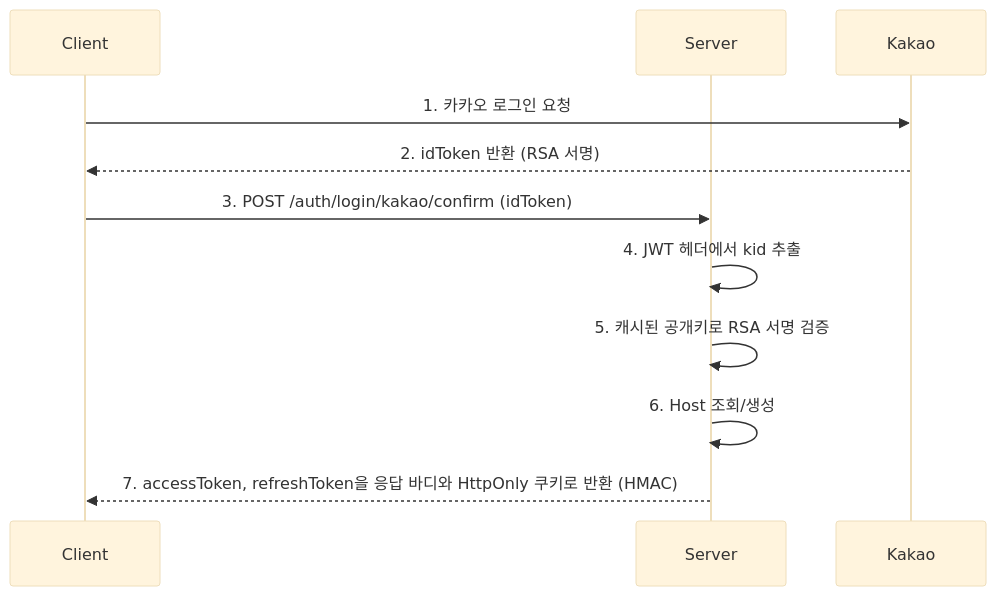
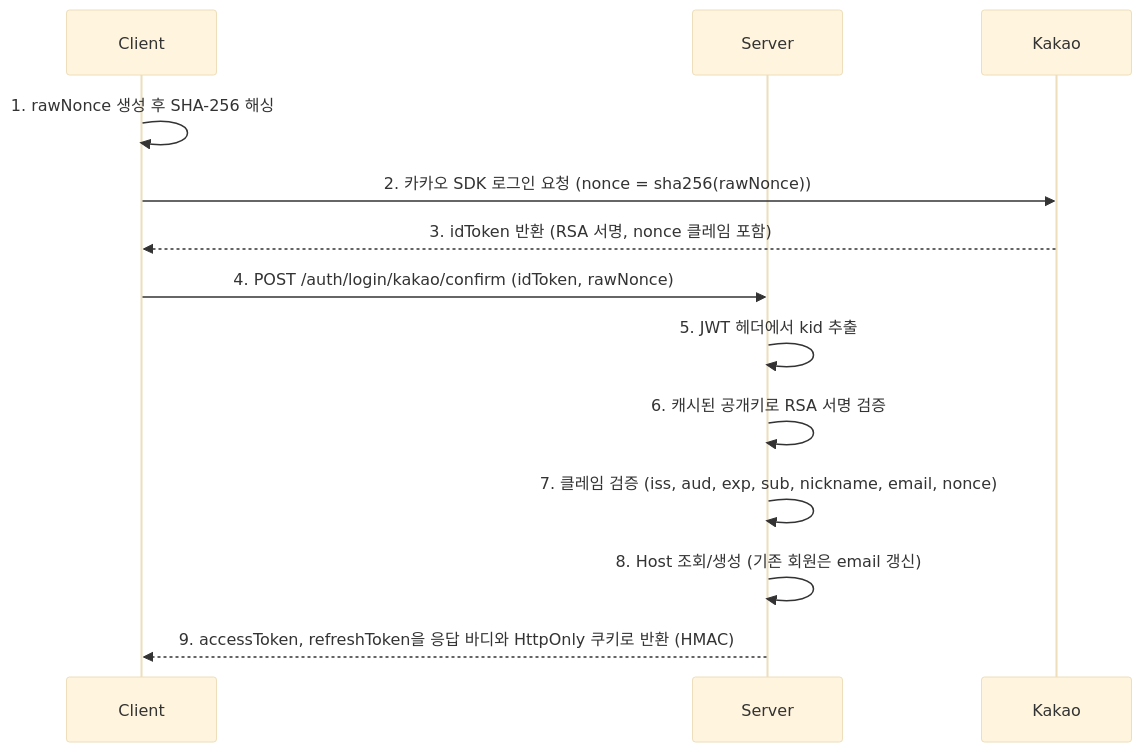
Before and after one commit to forgather-app/forgather-backend: the first of 4 diagrams in .claude/docs/architecture.md, drawn with Mermaid (base theme). The commit also changed other lines of this file, not shown here.

First line of the commit message:
docs: 카카오 인증 아키텍처 문서를 현재 구현으로 갱신

````diff
--- a/.claude/docs/architecture.md
+++ b/.claude/docs/architecture.md
@@ -80,14 +80,16 @@
 ```mermaid
 sequenceDiagram
     participant Client
     participant Server
     participant Kakao
 
-    Client->>Kakao: 1. 카카오 로그인 요청
-    Kakao-->>Client: 2. idToken 반환 (RSA 서명)
-    Client->>Server: 3. POST /auth/login/kakao/confirm (idToken)
-    Server->>Server: 4. JWT 헤더에서 kid 추출
-    Server->>Server: 5. 캐시된 공개키로 RSA 서명 검증
-    Server->>Server: 6. Host 조회/생성
-    Server-->>Client: 7. accessToken, refreshToken을 응답 바디와 HttpOnly 쿠키로 반환 (HMAC)
+    Client->>Client: 1. rawNonce 생성 후 SHA-256 해싱
+    Client->>Kakao: 2. 카카오 SDK 로그인 요청 (nonce = sha256(rawNonce))
+    Kakao-->>Client: 3. idToken 반환 (RSA 서명, nonce 클레임 포함)
+    Client->>Server: 4. POST /auth/login/kakao/confirm (idToken, rawNonce)
+    Server->>Server: 5. JWT 헤더에서 kid 추출
+    Server->>Server: 6. 캐시된 공개키로 RSA 서명 검증
+    Server->>Server: 7. 클레임 검증 (iss, aud, exp, sub, nickname, email, nonce)
+    Server->>Server: 8. Host 조회/생성 (기존 회원은 email 갱신)
+    Server-->>Client: 9. accessToken, refreshToken을 응답 바디와 HttpOnly 쿠키로 반환 (HMAC)
 ```
````
